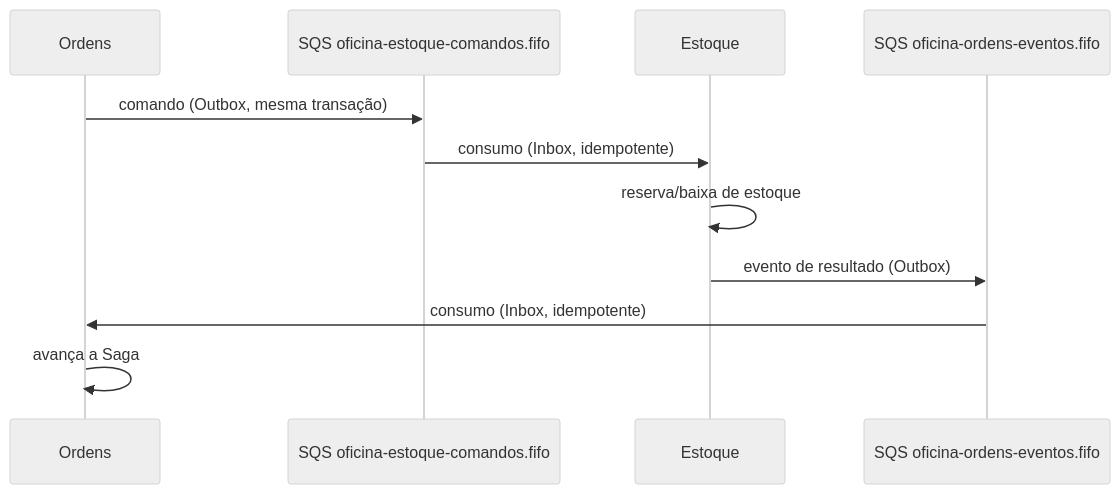
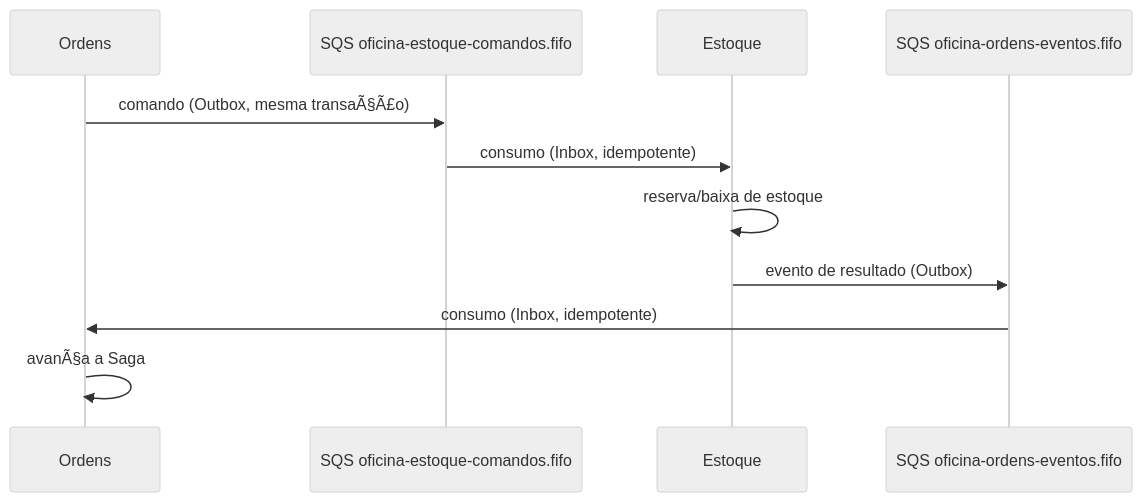
The third of 5 diagrams in README.md (fabianorodrigues/oficina-infra-fiap-fase4), drawn with Mermaid (neutral theme) before and after one commit. The commit also changed other lines of this file and 9 other files, not shown here.

````diff
--- a/README.md
+++ b/README.md
@@ -122,14 +122,14 @@
 ```mermaid
 sequenceDiagram
     participant Ordens
     participant SQSCmd as SQS oficina-estoque-comandos.fifo
     participant Estoque
     participant SQSEvt as SQS oficina-ordens-eventos.fifo
 
-    Ordens->>SQSCmd: comando (Outbox, mesma transação)
+    Ordens->>SQSCmd: comando (Outbox, mesma transaÃ§Ã£o)
     SQSCmd->>Estoque: consumo (Inbox, idempotente)
     Estoque->>Estoque: reserva/baixa de estoque
     Estoque->>SQSEvt: evento de resultado (Outbox)
     SQSEvt->>Ordens: consumo (Inbox, idempotente)
-    Ordens->>Ordens: avança a Saga
+    Ordens->>Ordens: avanÃ§a a Saga
 ```
````
